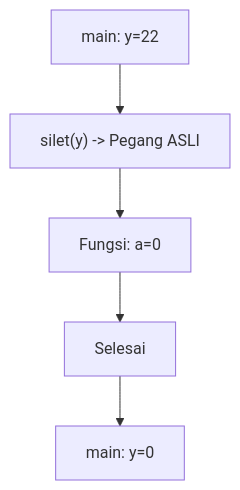
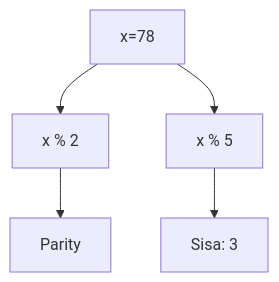
The sixth of 25 diagrams in part-c-pemahaman-cpp/04-fungsi/latihan/set-12.md (amnahwaida/OSNK_INF_PREP), drawn with Mermaid before and after one commit. The commit also changed other lines of this file and 71 other files, not shown here.

````diff
--- a/part-c-pemahaman-cpp/04-fungsi/latihan/set-12.md
+++ b/part-c-pemahaman-cpp/04-fungsi/latihan/set-12.md
@@ -194,7 +178,7 @@
 ```mermaid
 graph TD
-    A[main: y=22] --> B["silet(y) -> Pegang ASLI"]
-    B --> C[Fungsi: a=0]
-    C --> D[Selesai]
-    D --> E[main: y=0]
+A[x=78] --> B[x % 2]
+B --> C[Parity]
+A --> D[x % 5]
+D --> E[Sisa: 3]
 ```
````
